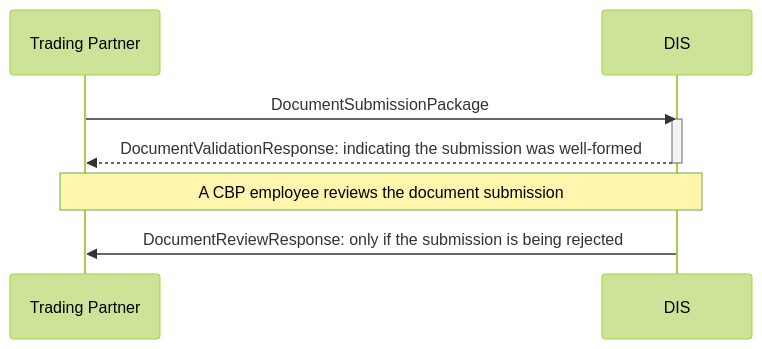
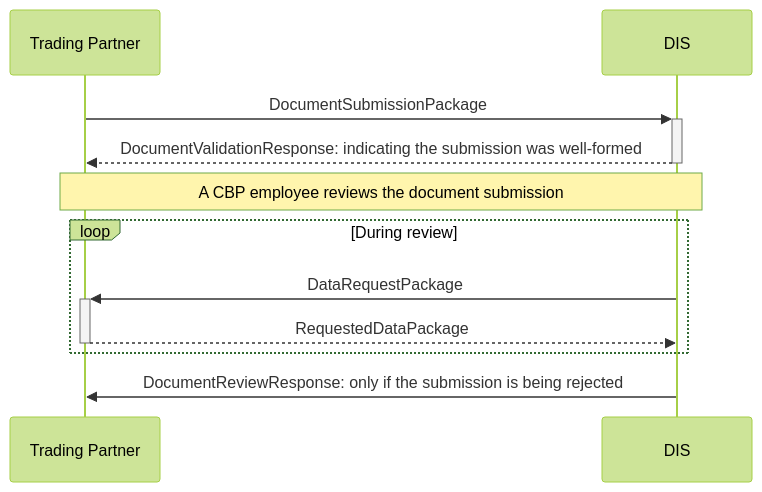
Before and after one commit to as2network/as2ng: the diagram in docs/dis-overview.md, drawn with Mermaid (forest theme). The commit also changed other lines of this file and 8 other files, not shown here.

````diff
--- a/docs/dis-overview.md
+++ b/docs/dis-overview.md
@@ -11,9 +21,11 @@
 ```mermaid
 sequenceDiagram
-    Trading Partner ->> DIS: DocumentSubmissionPackage        
-    activate DIS  
-    DIS -->> Trading Partner: DocumentValidationResponse: indicating the submission was well-formed                  
-    deactivate DIS
-    Note over DIS,Trading Partner: A CBP employee reviews the document submission     
+    Trading Partner ->>+ DIS: DocumentSubmissionPackage        
+    DIS -->>- Trading Partner: DocumentValidationResponse: indicating the submission was well-formed                        
+    Note over DIS,Trading Partner: A CBP employee reviews the document submission
+    loop During review     
+        DIS ->>+ Trading Partner: DataRequestPackage
+        Trading Partner -->>- DIS: RequestedDataPackage
+    end
     DIS ->> Trading Partner: DocumentReviewResponse: only if the submission is being rejected    
 ```
````
